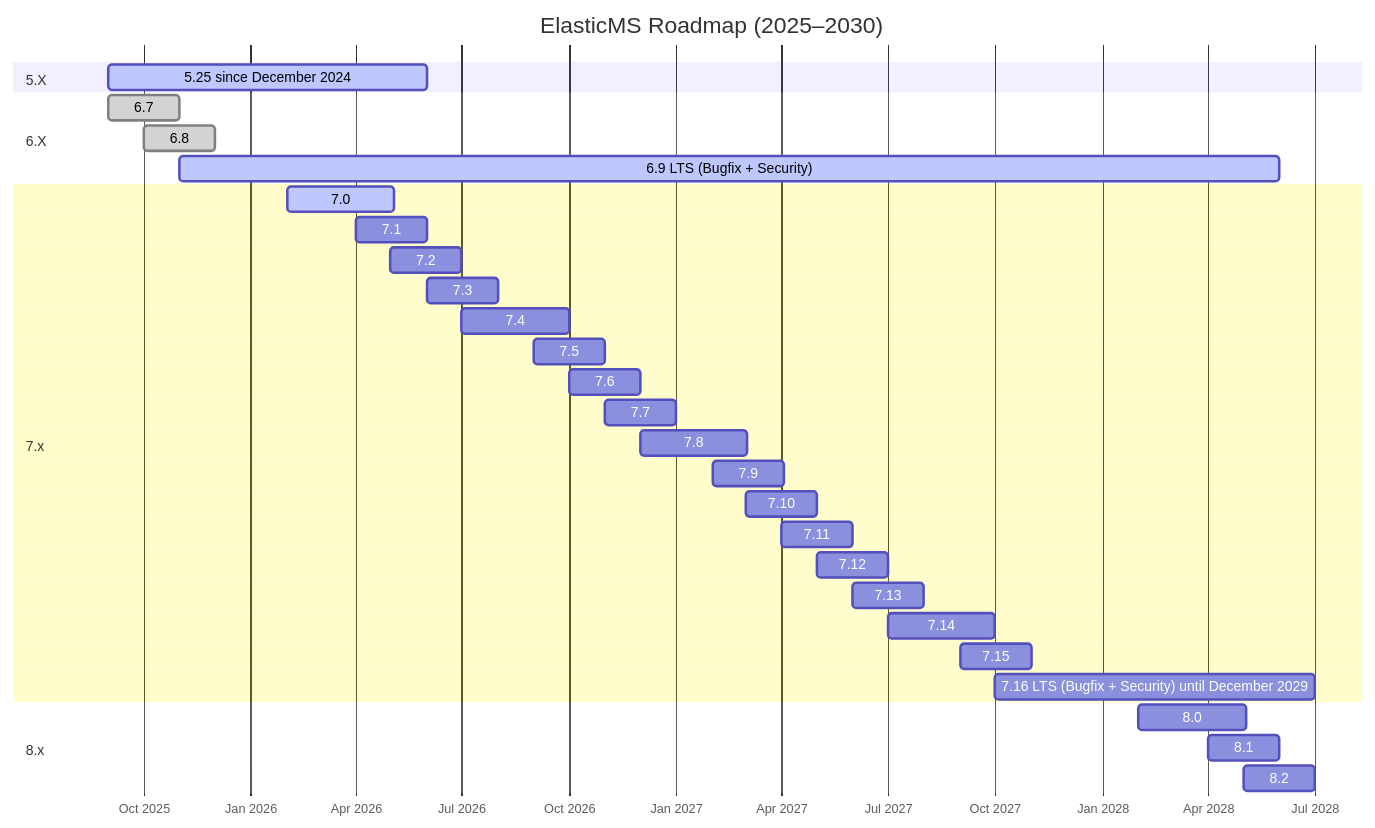
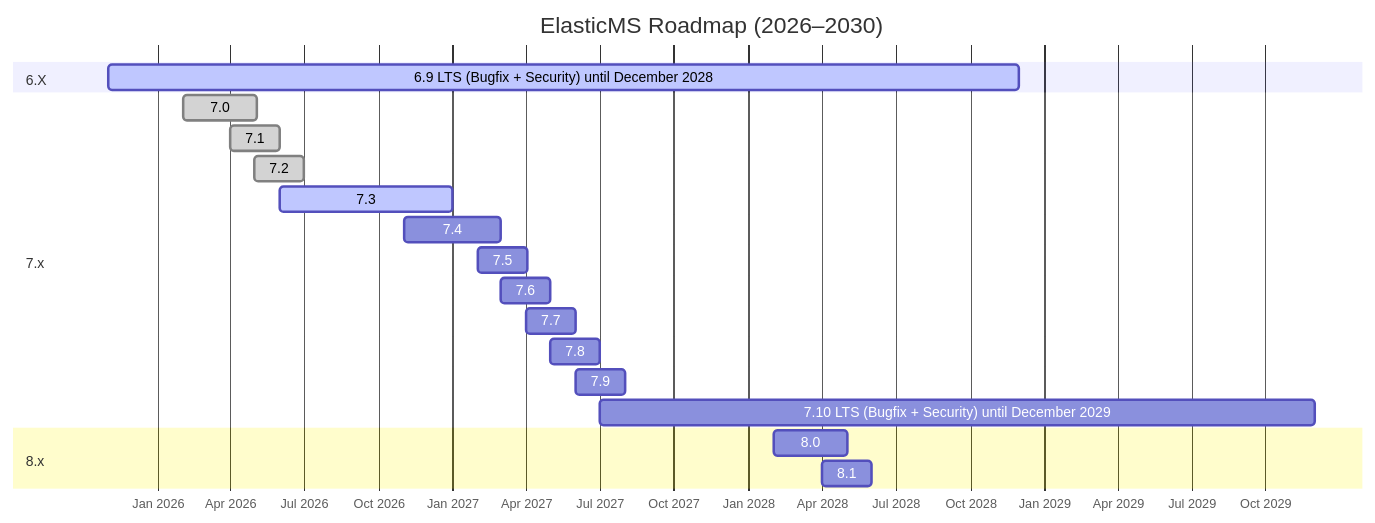
Before and after one commit to ems-project/ems-project.github.io: the diagram in src/getting-started/roadmap.md, drawn with Mermaid. The commit also changed other lines of this file and 1 other file, not shown here.

Commit message:
docs: updated roadmap (#1901)

````diff
--- a/src/getting-started/roadmap.md
+++ b/src/getting-started/roadmap.md
@@ -81,38 +81,26 @@
 ```mermaid
 gantt
-    title ElasticMS Roadmap (2025–2030)
+    title ElasticMS Roadmap (2026–2030)
     dateFormat  YYYY-MM
     axisFormat  %b %Y
 
-    section 5.X
-    5.25 since December 2024           :active, v525, 2025-09, 2026-06
-
     section 6.X
-    6.7                                :done, v76, 2025-09, 61d
-    6.8                                :done, v76, 2025-10, 61d
-    6.9 LTS (Bugfix + Security)        :active, lts69, 2025-11, 2028-06
+    6.9 LTS (Bugfix + Security) until December 2028 :active, lts69, 2025-11, 2028-12
 
     section 7.x
-    7.0                                :active, v70, 2026-02, 92d
-    7.1                                :v71, 2026-04, 61d
-    7.2                                :v72, 2026-05, 61d
-    7.3                                :v73, 2026-06, 61d
-    7.4                                :v74, 2026-07, 92d
-    7.5                                :v75, 2026-09, 61d
-    7.6                                :v76, 2026-10, 61d
-    7.7                                :v77, 2026-11, 61d
-    7.8                                :v78, 2026-12, 92d
-    7.9                                :v79, 2027-02, 61d
-    7.10                               :v710, 2027-03, 61d
-    7.11                               :v711, 2027-04, 61d
-    7.12                               :v712, 2027-05, 61d
-    7.13                               :v713, 2027-06, 61d
-    7.14                               :v714, 2027-07, 92d
-    7.15                               :v715, 2027-09, 61d
-    7.16 LTS (Bugfix + Security) until December 2029        :lts716, 2027-10, 2028-07
+    7.0                                :done, v70, 2026-02, 92d
+    7.1                                :done, v71, 2026-04, 61d
+    7.2                                :done, v72, 2026-05, 61d
+    7.3                                :active, v73, 2026-06, 2027-01
+    7.4                                :v74, 2026-11, 2027-03
+    7.5                                :v75, 2027-02, 61d
+    7.6                                :v76, 2027-03, 61d
+    7.7                                :v77, 2027-04, 61d
+    7.8                                :v78, 2027-05, 61d
+    7.9                                :v79, 2027-06, 61d
+    7.10 LTS (Bugfix + Security) until December 2029 :v710, 2027-07, 2029-12
 
     section 8.x
     8.0                                :major, 2028-02, 92d
     8.1                                :v81, 2028-04, 61d
-    8.2                                :v82, 2028-05, 61d
 ```
````
